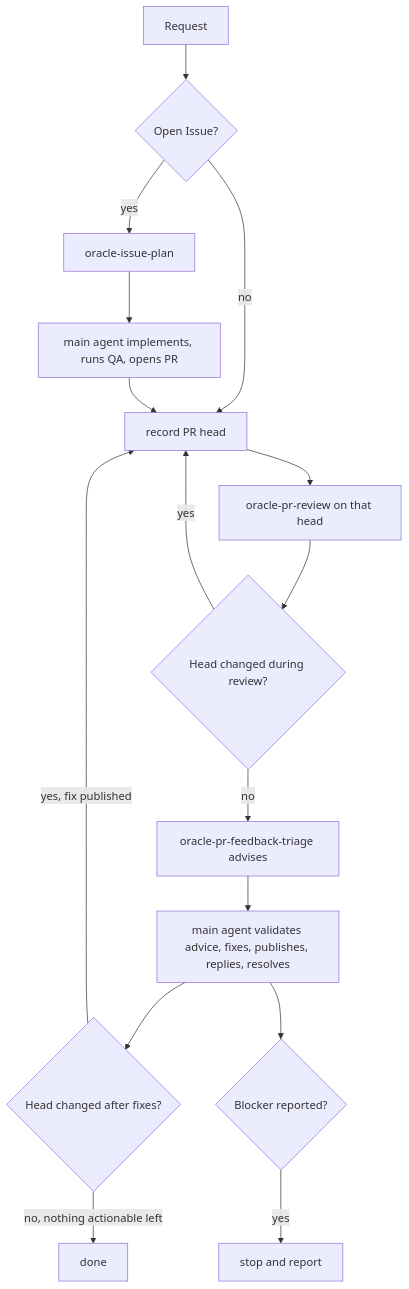
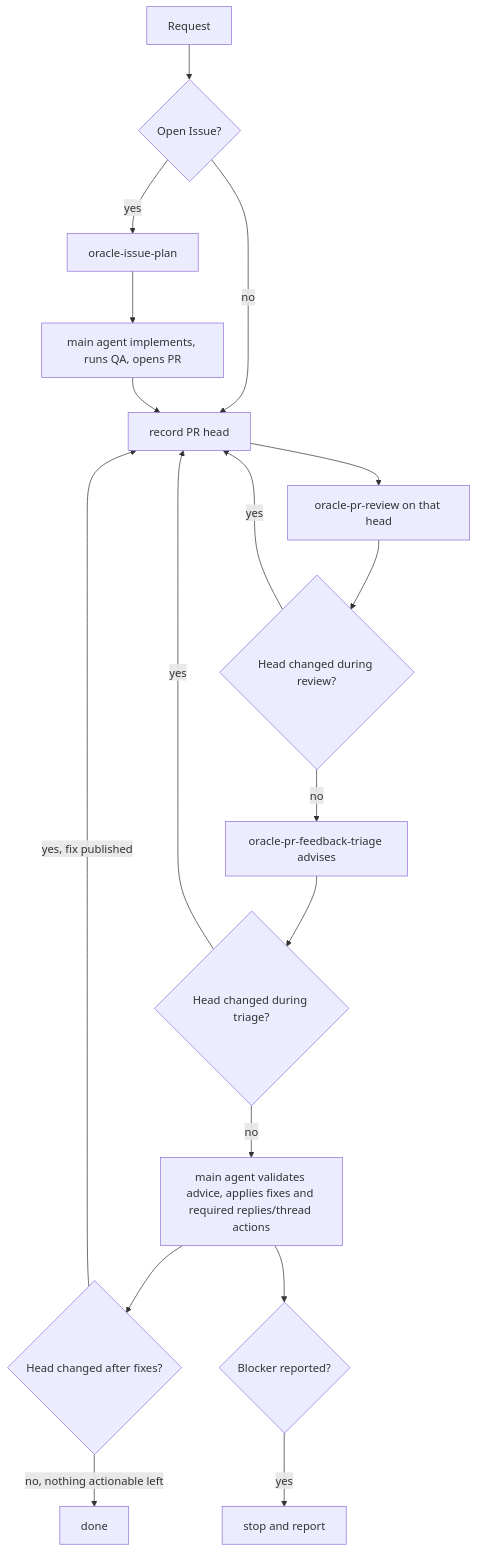
Before and after one commit to dceoy/oracle-pr-loop: the diagram in skills/oracle-pr-loop/SKILL.md, drawn with Mermaid. The commit also changed other lines of this file, not shown here.

First line of the commit message:
Add post-triage head gate and fix stop-condition ordering

````diff
--- a/skills/oracle-pr-loop/SKILL.md
+++ b/skills/oracle-pr-loop/SKILL.md
@@ -79,17 +79,19 @@
 ```mermaid
 flowchart TD
   Request --> Issue{Open Issue?}
   Issue -->|yes| Plan[oracle-issue-plan] --> Implement[main agent implements, runs QA, opens PR]
   Issue -->|no| Head[record PR head]
   Implement --> Head
   Head --> Review[oracle-pr-review on that head]
   Review --> HeadMoved{Head changed during review?}
   HeadMoved -->|yes| Head
   HeadMoved -->|no| Triage[oracle-pr-feedback-triage advises]
-  Triage --> Act[main agent validates advice, fixes, publishes, replies, resolves]
+  Triage --> TriageHeadMoved{Head changed during triage?}
+  TriageHeadMoved -->|yes| Head
+  TriageHeadMoved -->|no| Act[main agent validates advice, applies fixes and required replies/thread actions]
   Act --> HeadAfter{Head changed after fixes?}
   HeadAfter -->|yes, fix published| Head
   HeadAfter -->|no, nothing actionable left| Done[done]
   Act --> Blocker{Blocker reported?}
   Blocker -->|yes| Stop[stop and report]
 ```
````
